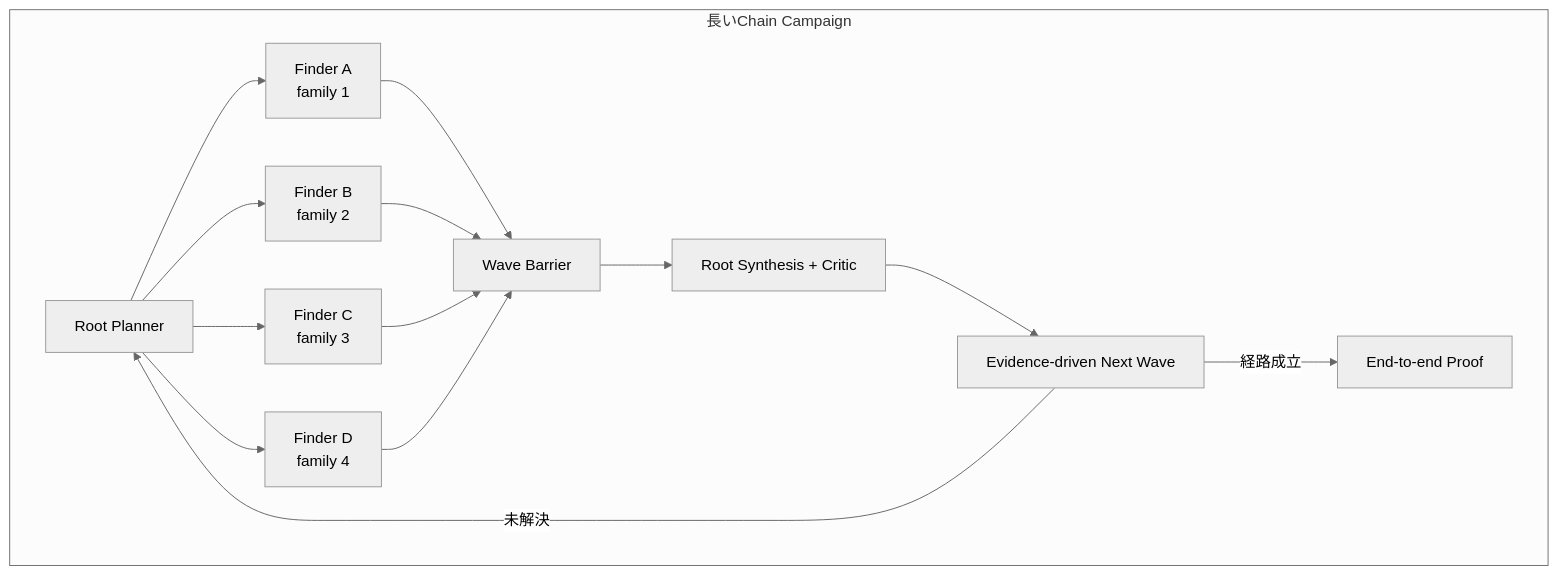
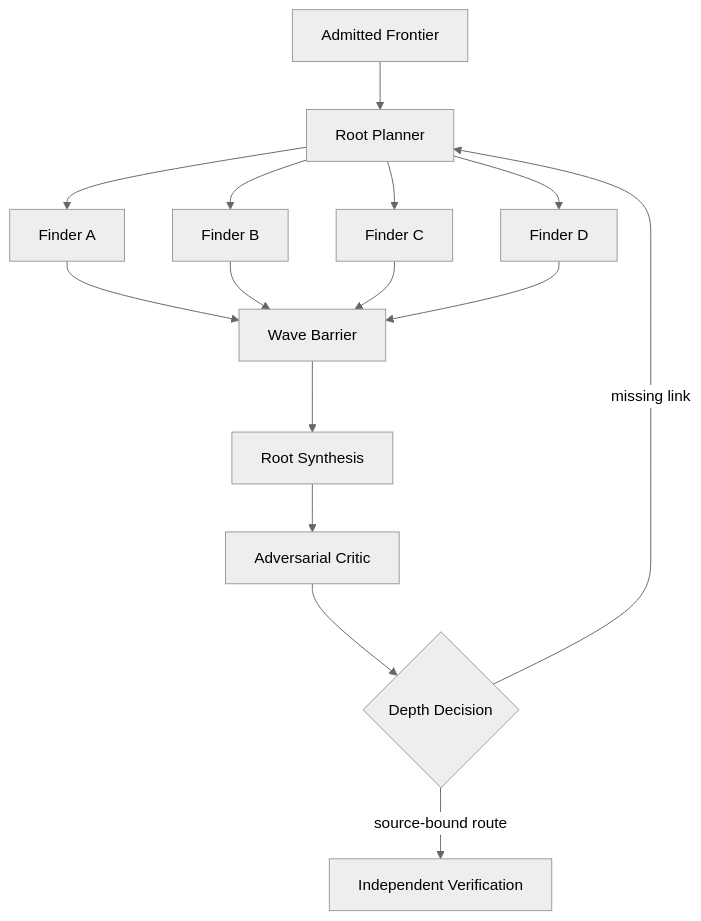
Before and after one commit to momoponwork1415-lgtm/wordpress-harness: the third of 4 diagrams in docs/design/architecture/breadth-depth-research-loop.md, drawn with Mermaid (neutral theme). The commit also changed other lines of this file, not shown here.

Commit message:
Separate semantic research from conditional depth and later breadth

````diff
--- a/docs/design/architecture/breadth-depth-research-loop.md
+++ b/docs/design/architecture/breadth-depth-research-loop.md
@@ -64,23 +57,23 @@
 ```mermaid
 flowchart TB
-    subgraph target["長いChain Campaign"]
-        planner["Root Planner"]
-        finder1["Finder A<br/>family 1"]
-        finder2["Finder B<br/>family 2"]
-        finder3["Finder C<br/>family 3"]
-        finder4["Finder D<br/>family 4"]
-        barrier["Wave Barrier"]
-        chain["Root Synthesis + Critic"]
-        nextwave["Evidence-driven Next Wave"]
-        proof["End-to-end Proof"]
+    frontier["Admitted Frontier"]
+    planner["Root Planner"]
+    f1["Finder A"]
+    f2["Finder B"]
+    f3["Finder C"]
+    f4["Finder D"]
+    barrier["Wave Barrier"]
+    synthesis["Root Synthesis"]
+    critic["Adversarial Critic"]
+    next{"Depth Decision"}
+    proof["Independent Verification"]
 
-        planner --> finder1 --> barrier
-        planner --> finder2 --> barrier
-        planner --> finder3 --> barrier
-        planner --> finder4 --> barrier
-        barrier --> chain --> nextwave
-        nextwave -->|"未解決"| planner
-        nextwave -->|"経路成立"| proof
-    end
-
+    frontier --> planner
+    planner --> f1 --> barrier
+    planner --> f2 --> barrier
+    planner --> f3 --> barrier
+    planner --> f4 --> barrier
+    barrier --> synthesis --> critic --> next
+    next -->|"missing link"| planner
+    next -->|"source-bound route"| proof
 ```
````
